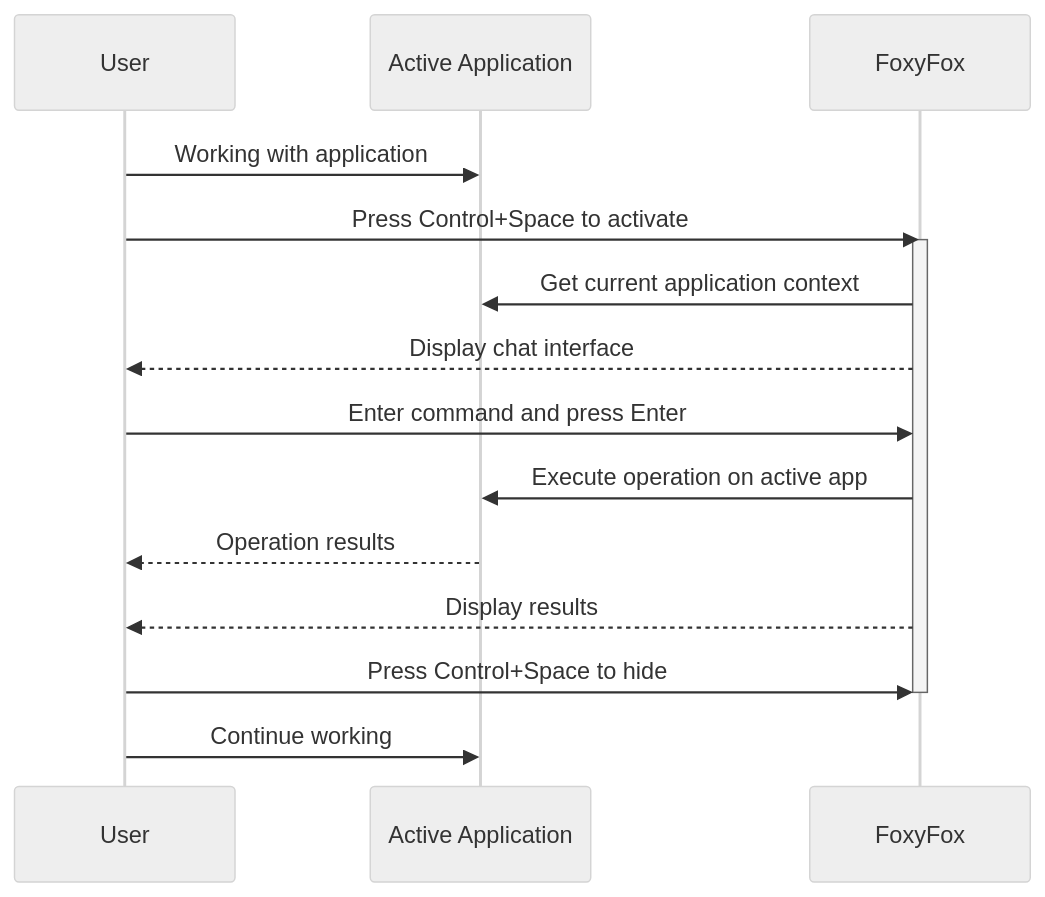
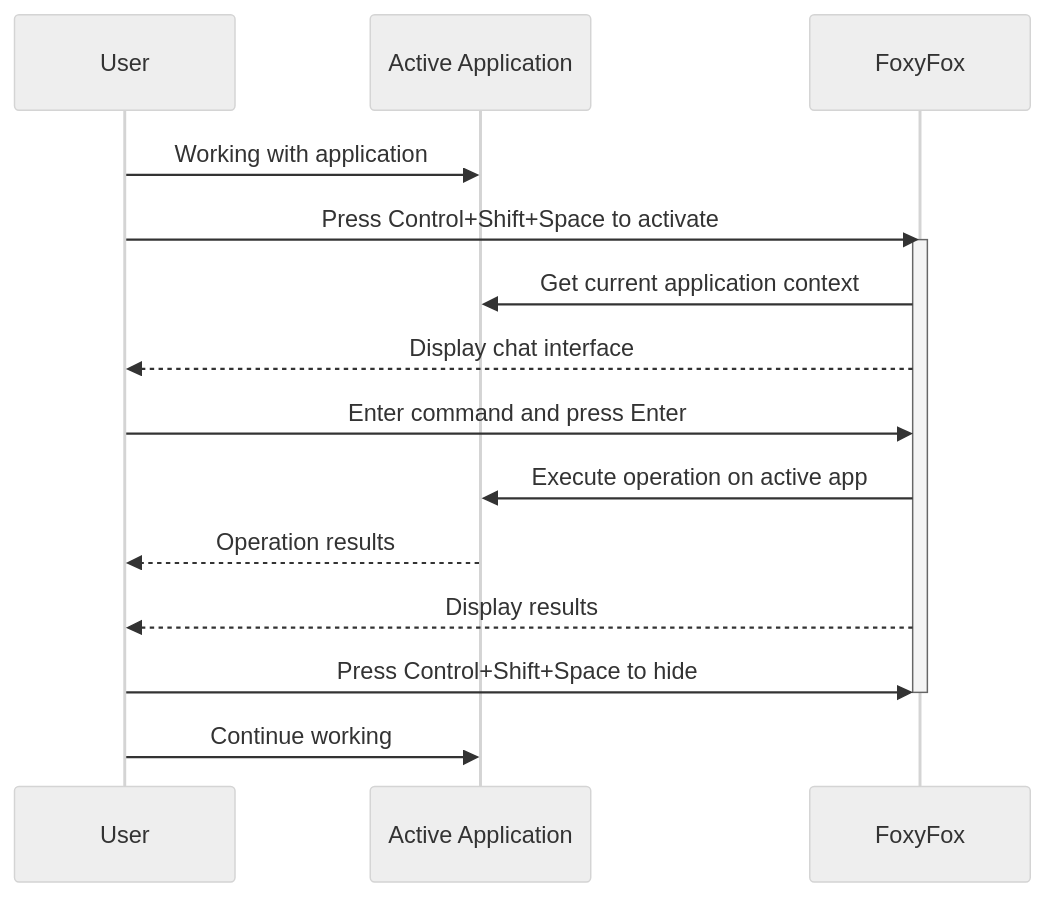
The diagram in workflow.md (CodeFox-Repo/Convera), drawn with Mermaid before and after one commit. The commit also changed other lines of this file and 3 other files, not shown here.

Commit message:
update evoke to be control shift space

````diff
--- a/workflow.md
+++ b/workflow.md
@@ -3,20 +3,20 @@
 ```mermaid
 %%{init: {'theme': 'neutral', 'themeVariables': { 'primaryColor': '#f0f0f0', 'primaryTextColor': '#333', 'primaryBorderColor': '#ccc', 'lineColor': '#666', 'secondaryColor': '#e6e6e6', 'tertiaryColor': '#fff' }}}%%
 sequenceDiagram
     participant User
     participant ActiveApp as Active Application
     participant FoxyFox as FoxyFox
 
     User->>ActiveApp: Working with application
-    User->>FoxyFox: Press Control+Space to activate
+    User->>FoxyFox: Press Control+Shift+Space to activate
     activate FoxyFox
     FoxyFox->>ActiveApp: Get current application context
     FoxyFox-->>User: Display chat interface
     User->>FoxyFox: Enter command and press Enter
     FoxyFox->>ActiveApp: Execute operation on active app
     ActiveApp-->>User: Operation results
     FoxyFox-->>User: Display results
-    User->>FoxyFox: Press Control+Space to hide
+    User->>FoxyFox: Press Control+Shift+Space to hide
     deactivate FoxyFox
     User->>ActiveApp: Continue working
 ```
````
